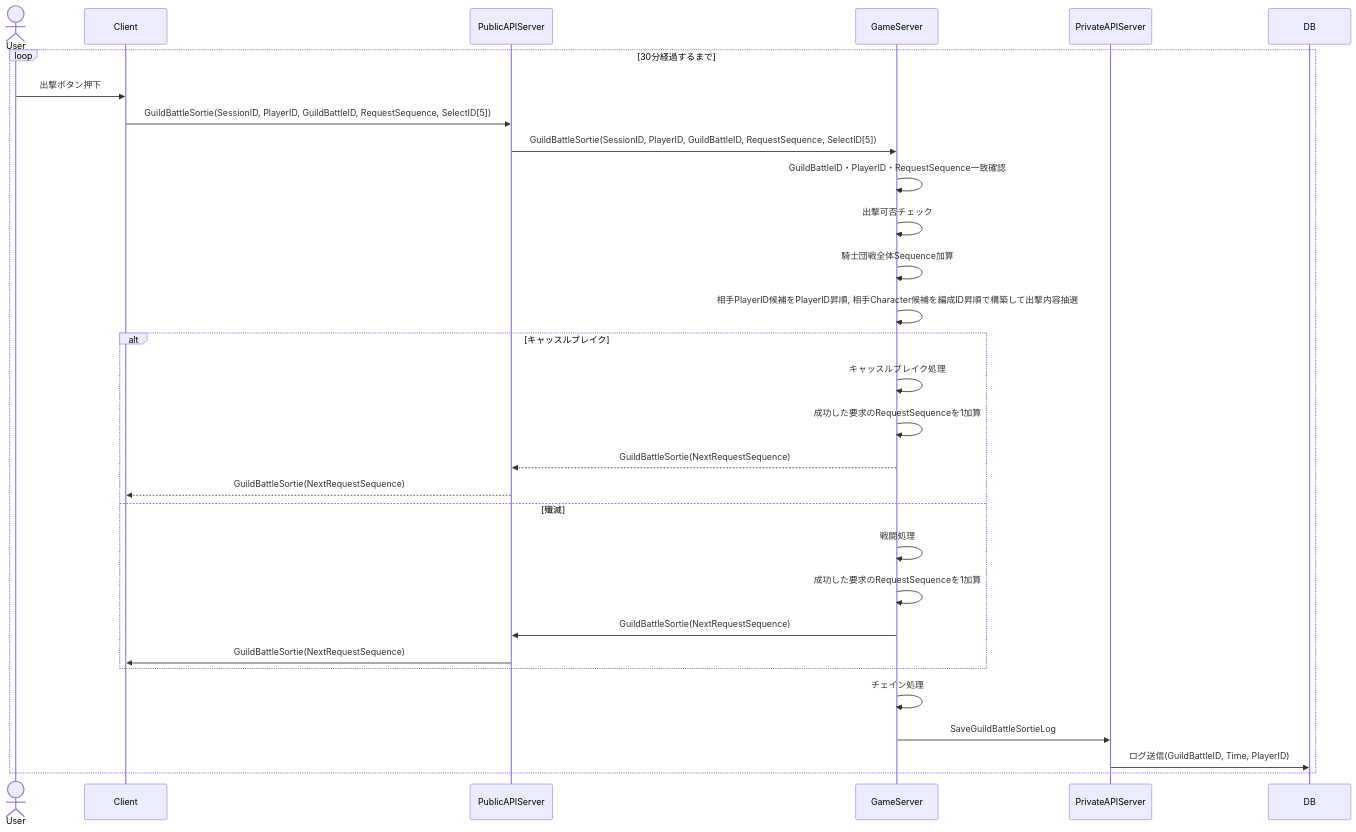
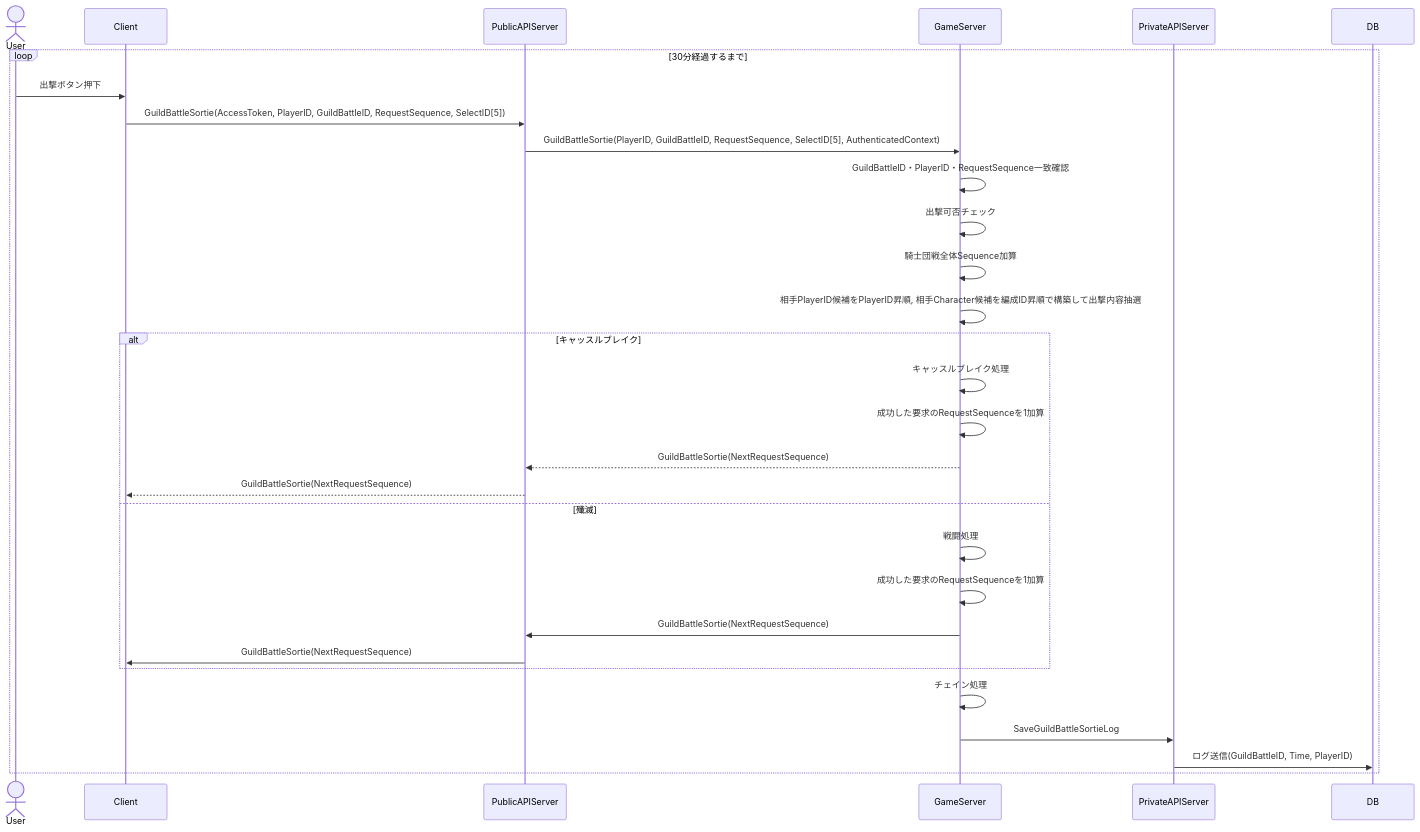
The seventh of 16 diagrams in design/guild_battle.md (ReHydrangeaOdyssey/Specifications), drawn with Mermaid before and after one commit. The commit also changed other lines of this file and 18 other files, not shown here.

````diff
--- a/design/guild_battle.md
+++ b/design/guild_battle.md
@@ -277,36 +288,36 @@
 ```mermaid
 sequenceDiagram
     actor User
     participant Client
     participant PublicAPIServer
     participant GameServer
     participant PrivateAPIServer
     participant DB
 
     loop 30分経過するまで
         User ->> Client: 出撃ボタン押下
-        Client ->> PublicAPIServer: GuildBattleSortie(SessionID, PlayerID, GuildBattleID, RequestSequence, SelectID[5])
-        PublicAPIServer ->> GameServer: GuildBattleSortie(SessionID, PlayerID, GuildBattleID, RequestSequence, SelectID[5])
+        Client ->> PublicAPIServer: GuildBattleSortie(AccessToken, PlayerID, GuildBattleID, RequestSequence, SelectID[5])
+        PublicAPIServer ->> GameServer: GuildBattleSortie(PlayerID, GuildBattleID, RequestSequence, SelectID[5], AuthenticatedContext)
         GameServer ->> GameServer: GuildBattleID・PlayerID・RequestSequence一致確認
         GameServer ->> GameServer: 出撃可否チェック
         GameServer ->> GameServer: 騎士団戦全体Sequence加算
         GameServer ->> GameServer: 相手PlayerID候補をPlayerID昇順, 相手Character候補を編成ID昇順で構築して出撃内容抽選
 
         alt キャッスルブレイク
             GameServer ->> GameServer: キャッスルブレイク処理
             GameServer->>GameServer: 成功した要求のRequestSequenceを1加算
             GameServer -->> PublicAPIServer: GuildBattleSortie(NextRequestSequence)
             PublicAPIServer -->> Client: GuildBattleSortie(NextRequestSequence)
         else 殲滅
             GameServer ->> GameServer: 戦闘処理
             GameServer->>GameServer: 成功した要求のRequestSequenceを1加算
             GameServer ->> PublicAPIServer: GuildBattleSortie(NextRequestSequence)
             PublicAPIServer ->> Client: GuildBattleSortie(NextRequestSequence)
         end
 
         GameServer ->> GameServer: チェイン処理
 
         GameServer ->> PrivateAPIServer: SaveGuildBattleSortieLog
         PrivateAPIServer ->> DB: ログ送信(GuildBattleID, Time, PlayerID)
     end
 ```
````
